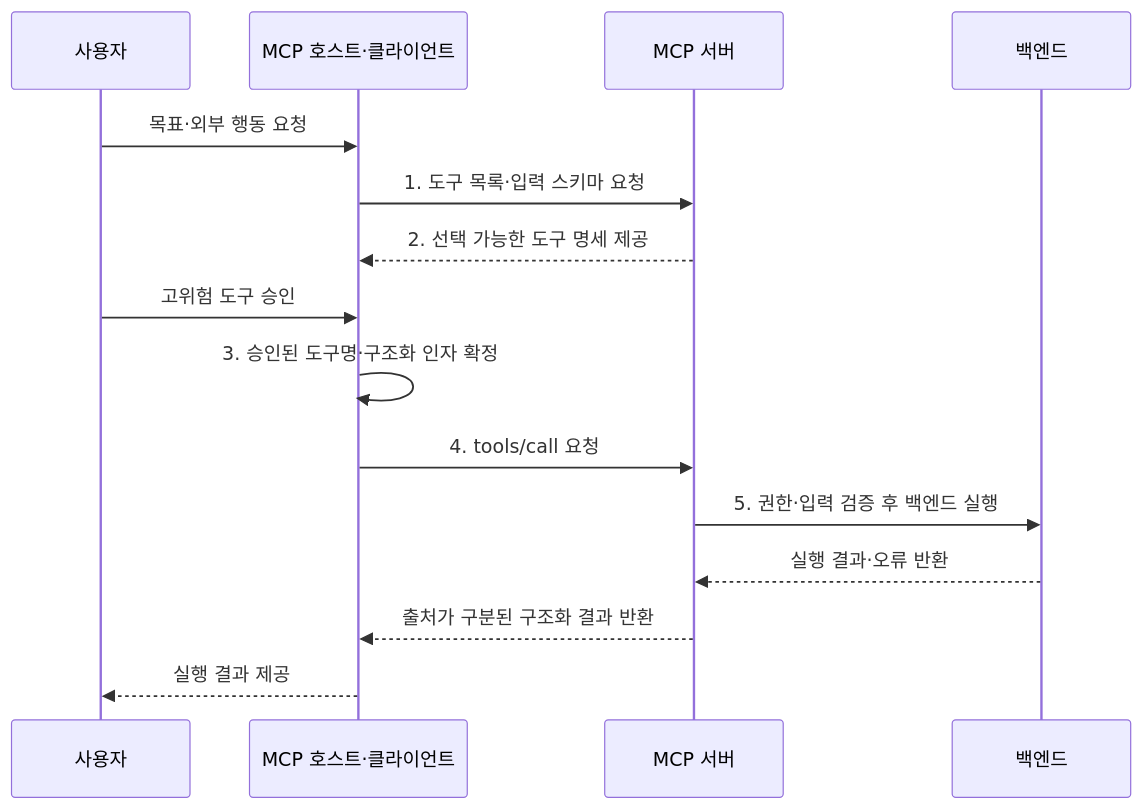
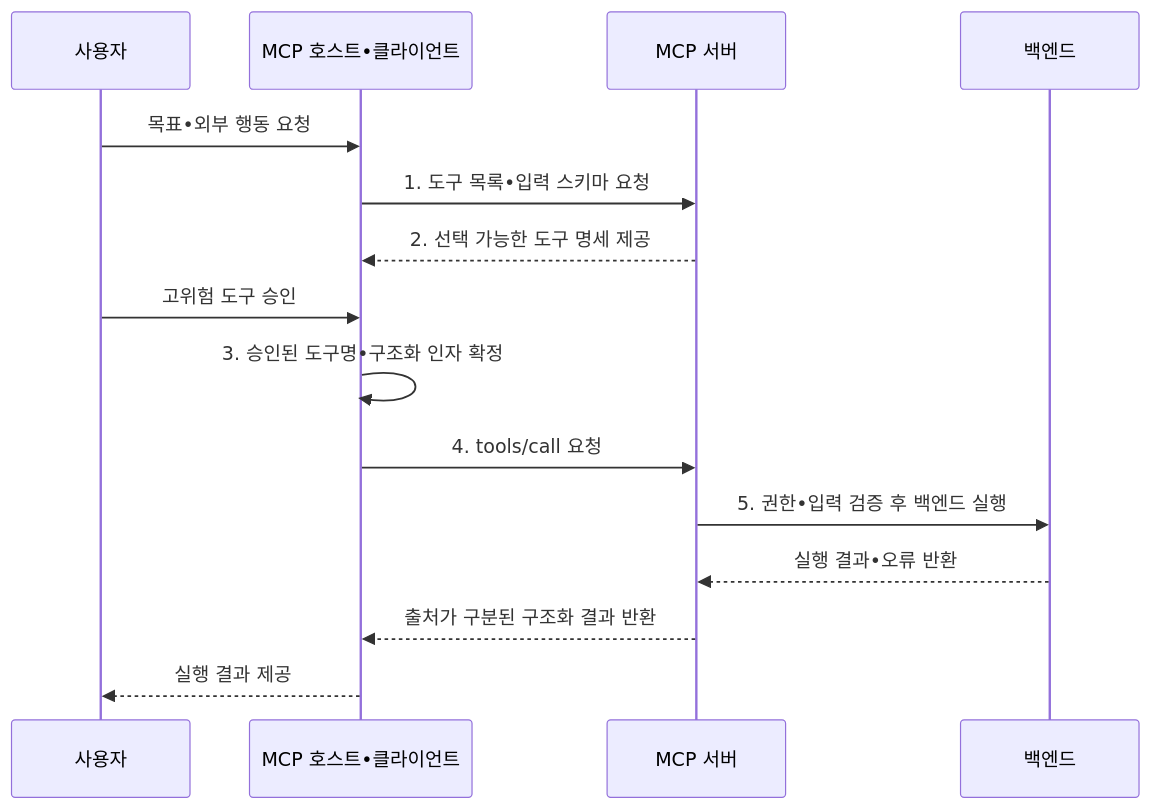
One commit to agnusdei1207/knowledge-base changed the second of 2 diagrams in src/content/docs/notes/08-latest-tech/010_mcp_tool.md. Above: the diagram before and after it, drawn with Mermaid. The commit also changed other lines of this file and 953 other files, not shown here.

````diff
--- a/src/content/docs/notes/08-latest-tech/010_mcp_tool.md
+++ b/src/content/docs/notes/08-latest-tech/010_mcp_tool.md
@@ -107,17 +107,17 @@
 ```mermaid
 sequenceDiagram
     participant U as 사용자
-    participant H as MCP 호스트·클라이언트
+    participant H as MCP 호스트•클라이언트
     participant S as MCP 서버
     participant B as 백엔드
-    U->>H: 목표·외부 행동 요청
-    H->>S: 1. 도구 목록·입력 스키마 요청
+    U->>H: 목표•외부 행동 요청
+    H->>S: 1. 도구 목록•입력 스키마 요청
     S-->>H: 2. 선택 가능한 도구 명세 제공
     U->>H: 고위험 도구 승인
-    H->>H: 3. 승인된 도구명·구조화 인자 확정
+    H->>H: 3. 승인된 도구명•구조화 인자 확정
     H->>S: 4. tools/call 요청
-    S->>B: 5. 권한·입력 검증 후 백엔드 실행
-    B-->>S: 실행 결과·오류 반환
+    S->>B: 5. 권한•입력 검증 후 백엔드 실행
+    B-->>S: 실행 결과•오류 반환
     S-->>H: 출처가 구분된 구조화 결과 반환
     H-->>U: 실행 결과 제공
 ```
````
